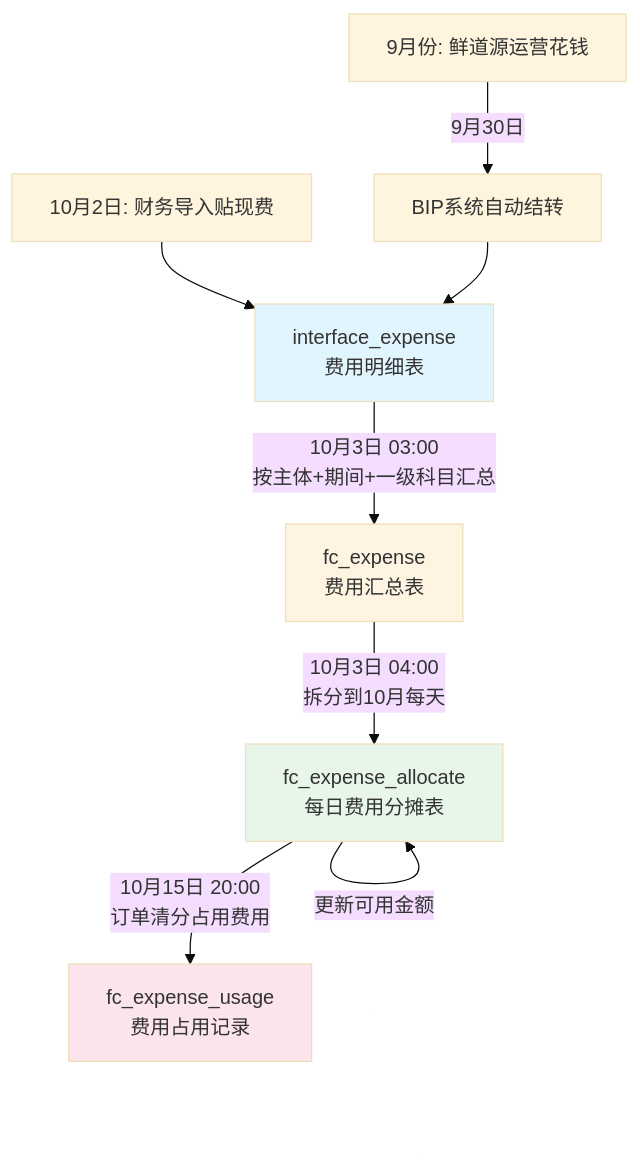
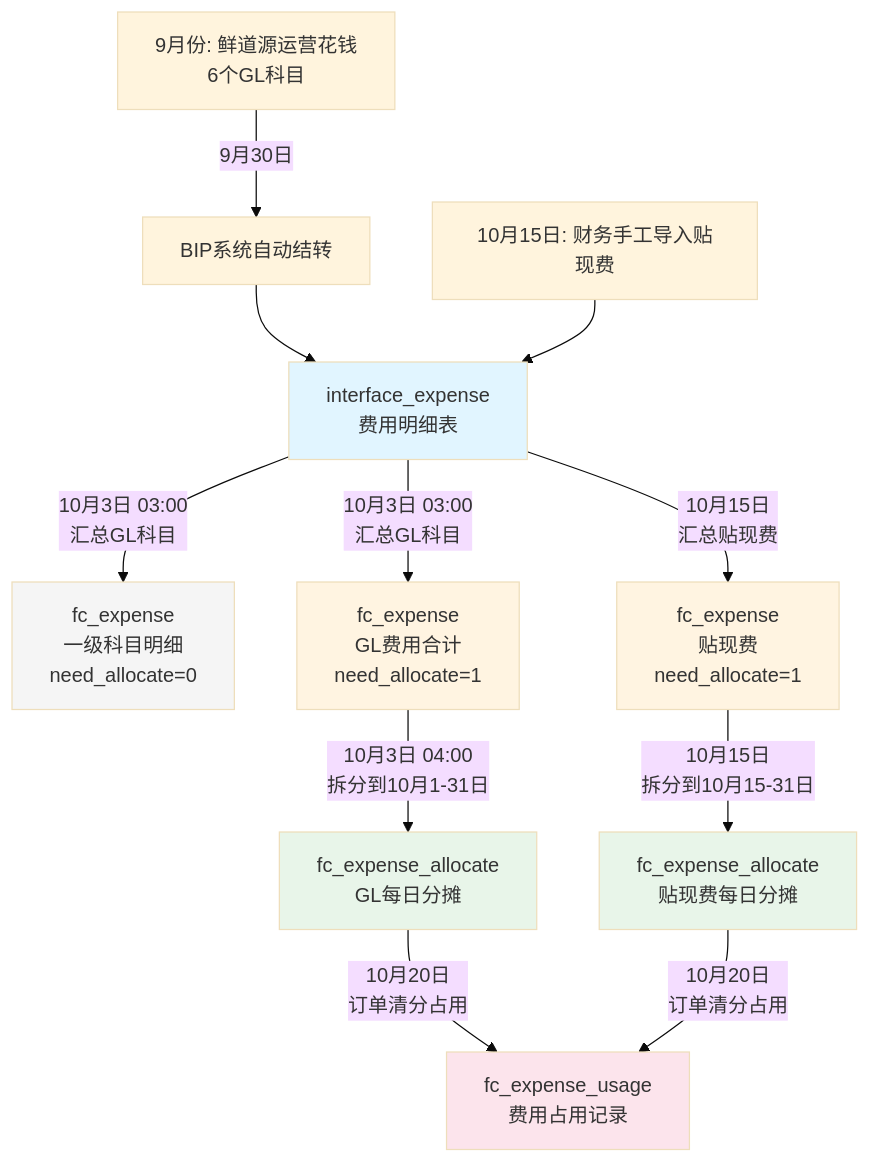
One commit to garyma-ai01/clearing-system changed the second of 2 diagrams in README.md. Above: the diagram before and after it, drawn with Mermaid (base theme). The commit also changed other lines of this file, not shown here.

````diff
--- a/README.md
+++ b/README.md
@@ -214,19 +228,25 @@
 ```mermaid
 graph TD
-    A[9月份: 鲜道源运营花钱] -->|9月30日| B[BIP系统自动结转]
-    C[10月2日: 财务导入贴现费] --> D[interface_expense<br/>费用明细表]
-    B --> D
+    A[9月份: 鲜道源运营花钱<br/>6个GL科目] -->|9月30日| B[BIP系统自动结转]
+    B --> D[interface_expense<br/>费用明细表]
     
-    D -->|10月3日 03:00<br/>按主体+期间+一级科目汇总| E[fc_expense<br/>费用汇总表]
+    C[10月15日: 财务手工导入贴现费] --> D
     
-    E -->|10月3日 04:00<br/>拆分到10月每天| F[fc_expense_allocate<br/>每日费用分摊表]
+    D -->|10月3日 03:00<br/>汇总GL科目| E1[fc_expense<br/>一级科目明细<br/>need_allocate=0]
+    D -->|10月3日 03:00<br/>汇总GL科目| E2[fc_expense<br/>GL费用合计<br/>need_allocate=1]
+    D -->|10月15日<br/>汇总贴现费| E3[fc_expense<br/>贴现费<br/>need_allocate=1]
     
-    F -->|10月15日 20:00<br/>订单清分占用费用| G[fc_expense_usage<br/>费用占用记录]
+    E2 -->|10月3日 04:00<br/>拆分到10月1-31日| F1[fc_expense_allocate<br/>GL每日分摊]
+    E3 -->|10月15日<br/>拆分到10月15-31日| F2[fc_expense_allocate<br/>贴现费每日分摊]
     
-    F -->|更新可用金额| F
+    F1 -->|10月20日<br/>订单清分占用| G[fc_expense_usage<br/>费用占用记录]
+    F2 -->|10月20日<br/>订单清分占用| G
     
     style D fill:#e1f5ff
-    style E fill:#fff4e1
-    style F fill:#e8f5e9
+    style E1 fill:#f5f5f5
+    style E2 fill:#fff4e1
+    style E3 fill:#fff4e1
+    style F1 fill:#e8f5e9
+    style F2 fill:#e8f5e9
     style G fill:#fce4ec
 ```
````
